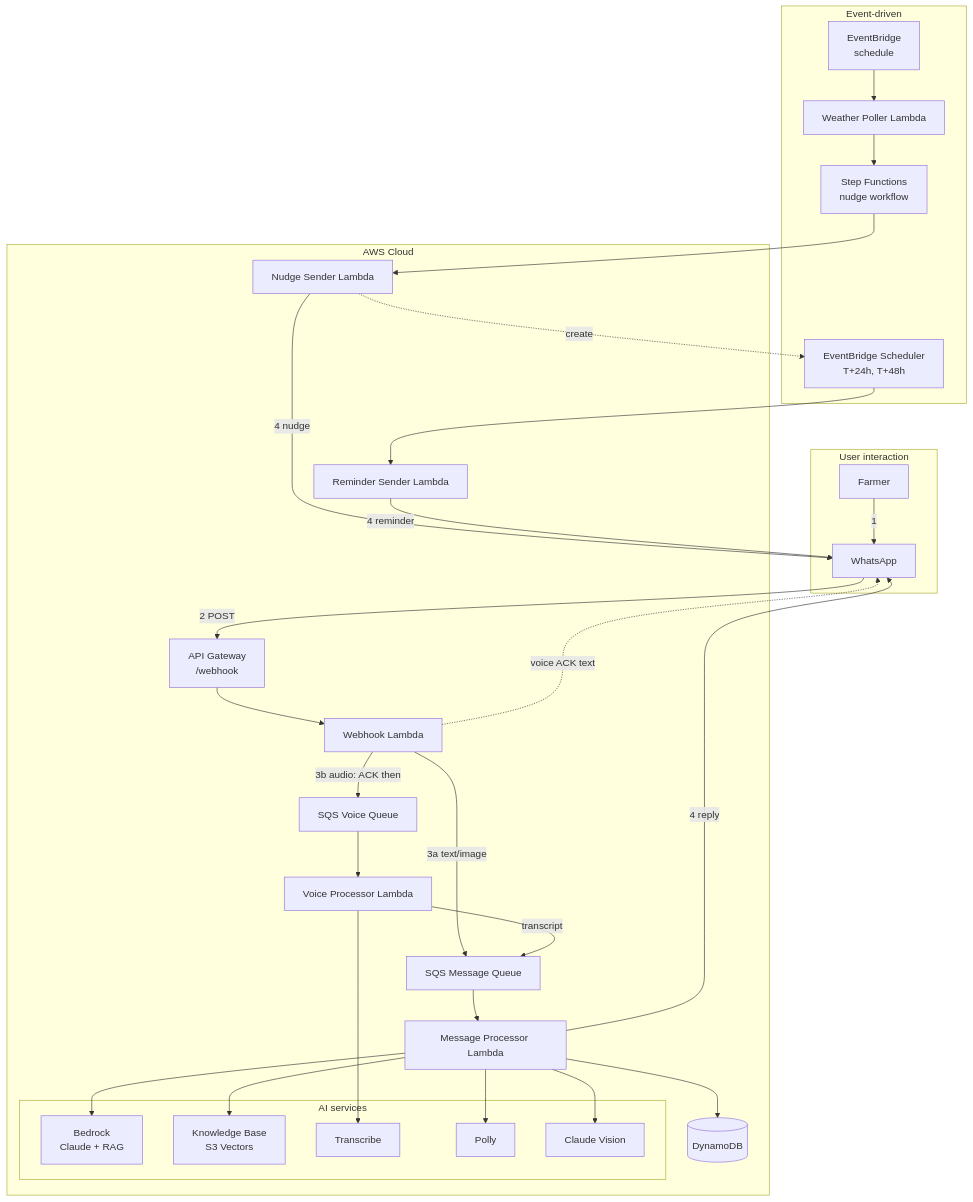
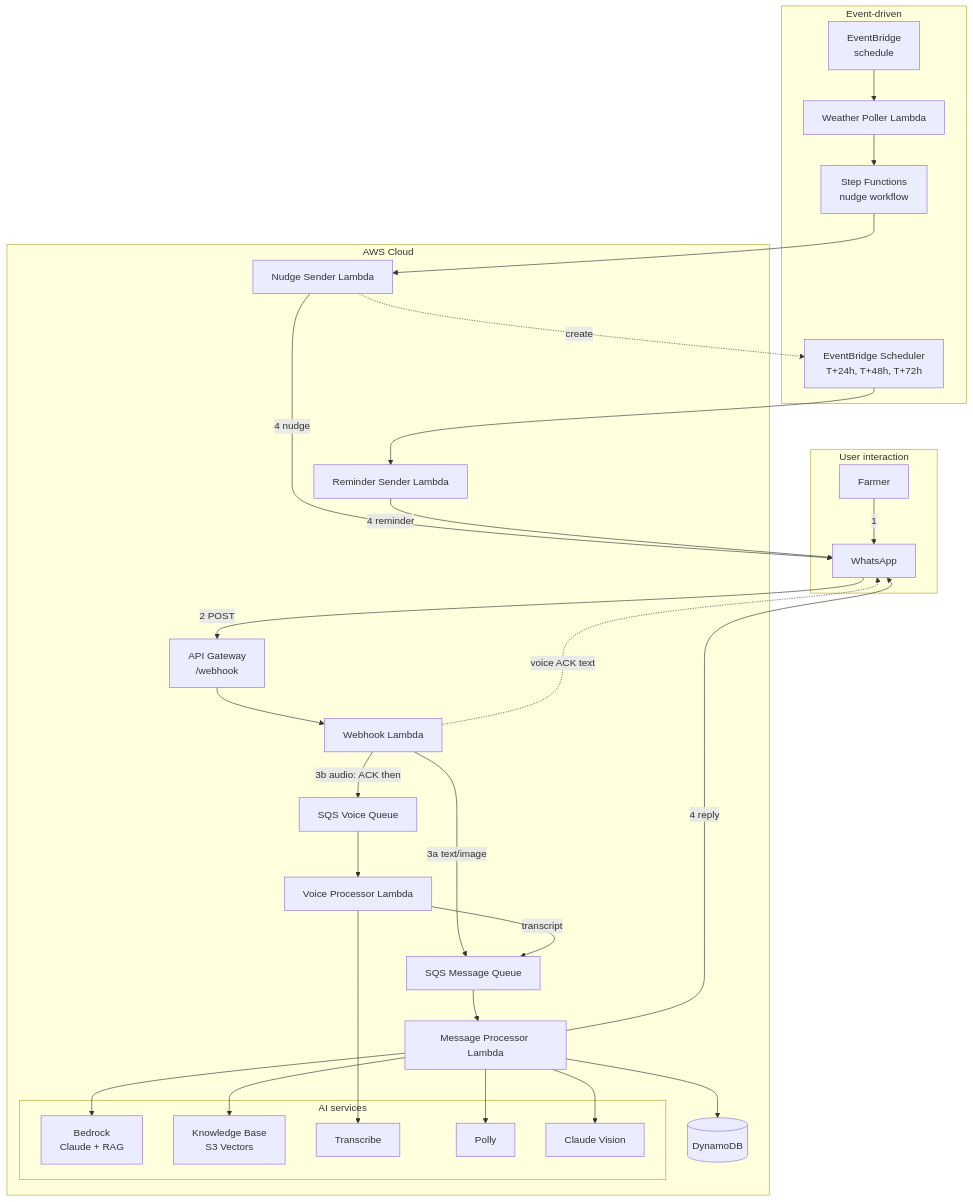
Before and after one commit to prasadt1/agrinexus-ai: the first of 7 diagrams in architecture/diagrams.md, drawn with Mermaid. The commit also changed other lines of this file, not shown here.

First line of the commit message:
docs(architecture): align Mermaid diagrams with nudge scheduling

````diff
--- a/architecture/diagrams.md
+++ b/architecture/diagrams.md
@@ -13,51 +13,51 @@
 ```mermaid
 flowchart TB
     subgraph User["User interaction"]
         Farmer[Farmer]
         WA[WhatsApp]
     end
     Farmer -->|1| WA
 
     subgraph AWS["AWS Cloud"]
         API[API Gateway\n/webhook]
         WH[Webhook Lambda]
         MQ[SQS Message Queue]
         VQ[SQS Voice Queue]
         Proc[Message Processor Lambda]
         VoiceProc[Voice Processor Lambda]
         DDB[(DynamoDB)]
         subgraph AI["AI services"]
             Bedrock[Bedrock\nClaude + RAG]
             KB[Knowledge Base\nS3 Vectors]
             Transcribe[Transcribe]
             Polly[Polly]
             Vision[Claude Vision]
         end
         NudgeSend[Nudge Sender Lambda]
         RemindSend[Reminder Sender Lambda]
     end
 
     WA -->|2 POST| API --> WH
     WH -->|3a text/image| MQ --> Proc
     WH -->|3b audio: ACK then| VQ --> VoiceProc
     VoiceProc --> Transcribe
     VoiceProc -->|transcript| MQ
     Proc --> DDB
     Proc --> Bedrock
     Proc --> KB
     Proc --> Vision
     Proc --> Polly
     WH -.->|voice ACK text| WA
     Proc -->|4 reply| WA
     NudgeSend -->|4 nudge| WA
     RemindSend -->|4 reminder| WA
 
     subgraph Event["Event-driven"]
         EB[EventBridge\nschedule]
         Poll[Weather Poller Lambda]
         SF[Step Functions\nnudge workflow]
-        EBS[EventBridge Scheduler\nT+24h, T+48h]
+        EBS[EventBridge Scheduler\nT+24h, T+48h, T+72h]
     end
     EB --> Poll --> SF --> NudgeSend
     NudgeSend -.->|create| EBS --> RemindSend
 ```
````
